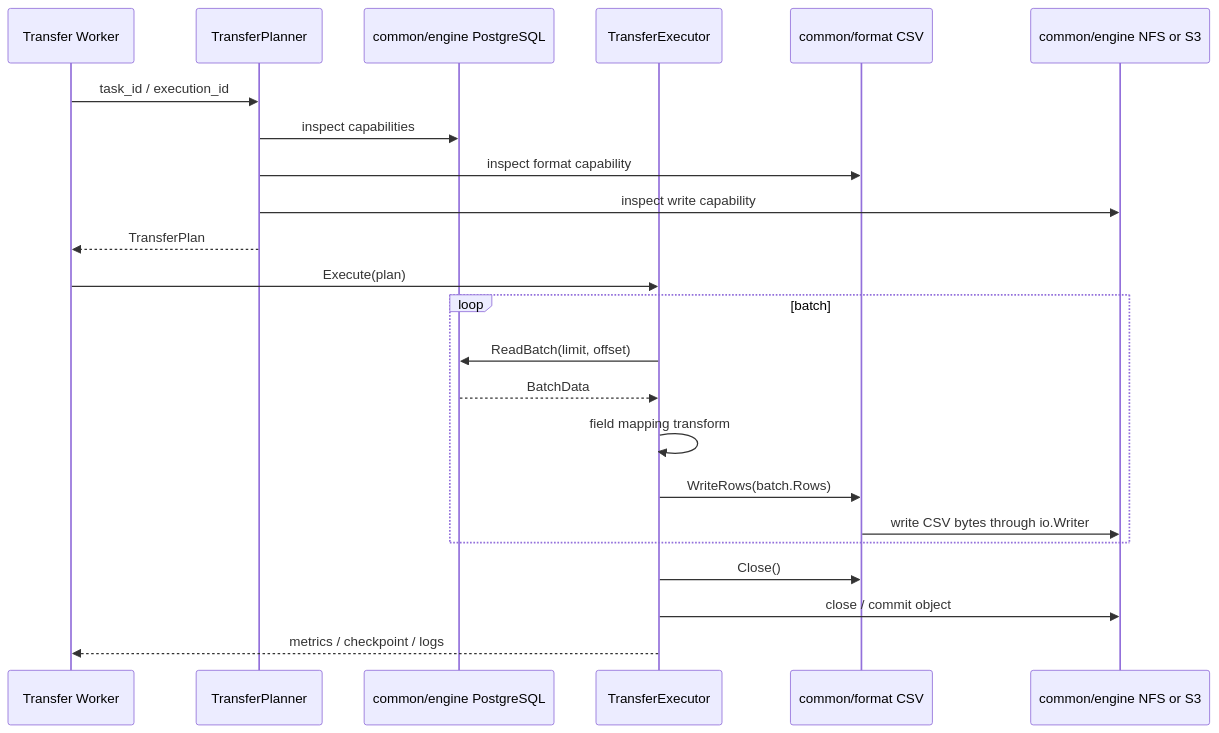
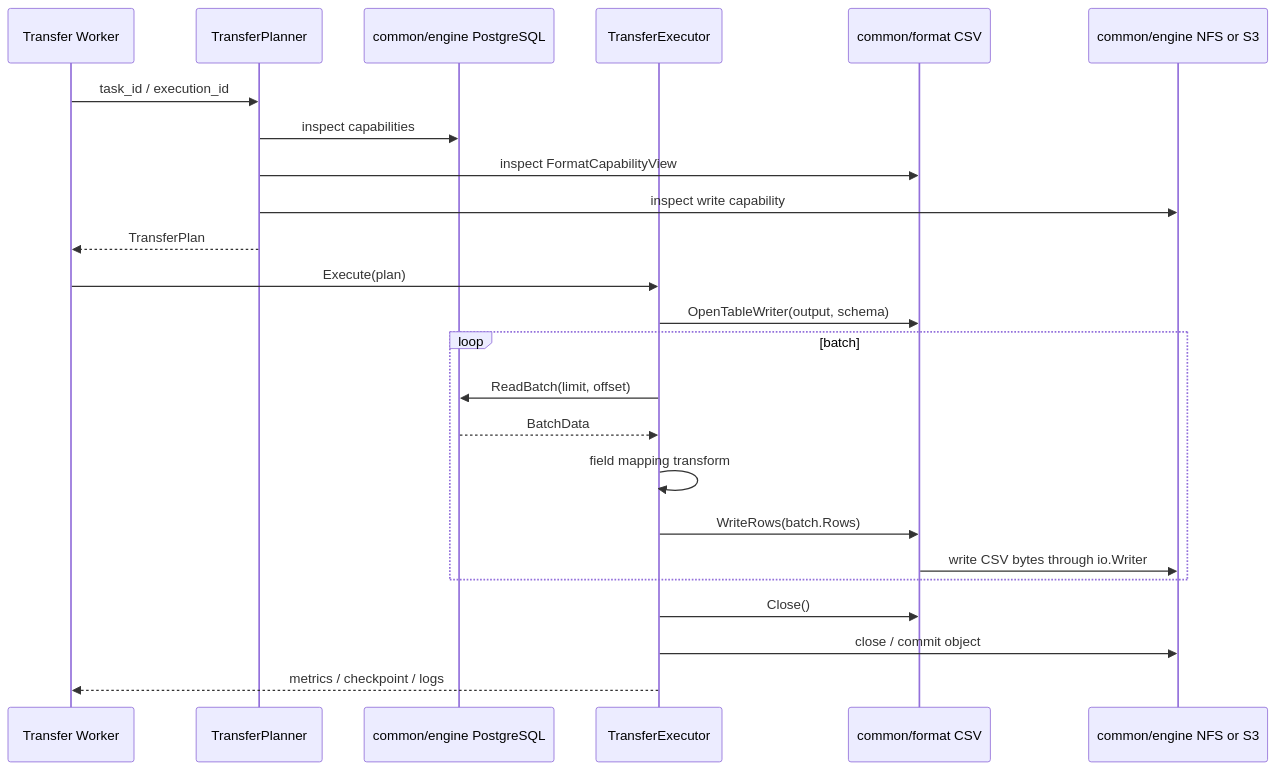
The diagram in docs/next/transfer基于common-engine-format改造设计.md (pampa0629/addp), drawn with Mermaid before and after one commit. The commit also changed other lines of this file and 19 other files, not shown here.

````diff
--- a/docs/next/transfer基于common-engine-format改造设计.md
+++ b/docs/next/transfer基于common-engine-format改造设计.md
@@ -324,26 +359,27 @@
 ```mermaid
 sequenceDiagram
     participant W as Transfer Worker
     participant P as TransferPlanner
     participant PG as common/engine PostgreSQL
     participant EX as TransferExecutor
     participant CSV as common/format CSV
     participant FS as common/engine NFS or S3
 
     W->>P: task_id / execution_id
     P->>PG: inspect capabilities
-    P->>CSV: inspect format capability
+    P->>CSV: inspect FormatCapabilityView
     P->>FS: inspect write capability
     P-->>W: TransferPlan
     W->>EX: Execute(plan)
+    EX->>CSV: OpenTableWriter(output, schema)
     loop batch
         EX->>PG: ReadBatch(limit, offset)
         PG-->>EX: BatchData
         EX->>EX: field mapping transform
         EX->>CSV: WriteRows(batch.Rows)
         CSV->>FS: write CSV bytes through io.Writer
     end
     EX->>CSV: Close()
     EX->>FS: close / commit object
     EX-->>W: metrics / checkpoint / logs
 ```
````
